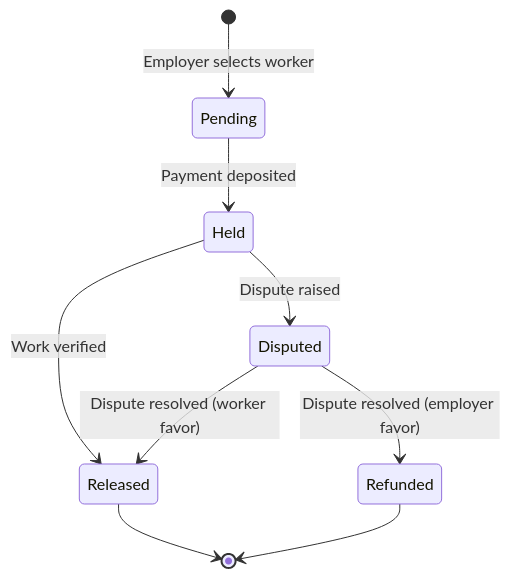
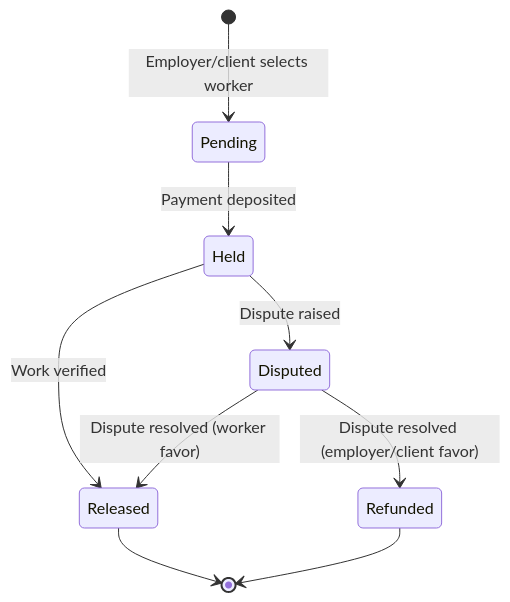
One commit to RagaVyshnaviM/Amazon-Ai-for-Bharat-Hackathon-NavAstitva changed the second of 2 diagrams in .kiro/specs/navastitva/design.md. Above: the diagram before and after it, drawn with Mermaid. The commit also changed other lines of this file and 2 other files, not shown here.

Commit message:
Update terminology: Employer → Employer/Client; include contracts

````diff
--- a/.kiro/specs/navastitva/design.md
+++ b/.kiro/specs/navastitva/design.md
@@ -496,11 +496,11 @@
 ```mermaid
 stateDiagram-v2
-    [*] --> Pending: Employer selects worker
+    [*] --> Pending: Employer/client selects worker
     Pending --> Held: Payment deposited
     Held --> Released: Work verified
     Held --> Disputed: Dispute raised
     Disputed --> Released: Dispute resolved (worker favor)
-    Disputed --> Refunded: Dispute resolved (employer favor)
+    Disputed --> Refunded: Dispute resolved (employer/client favor)
     Released --> [*]
     Refunded --> [*]
 ```
````
